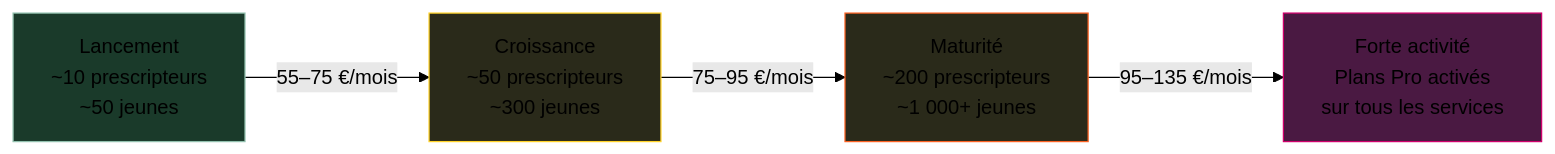
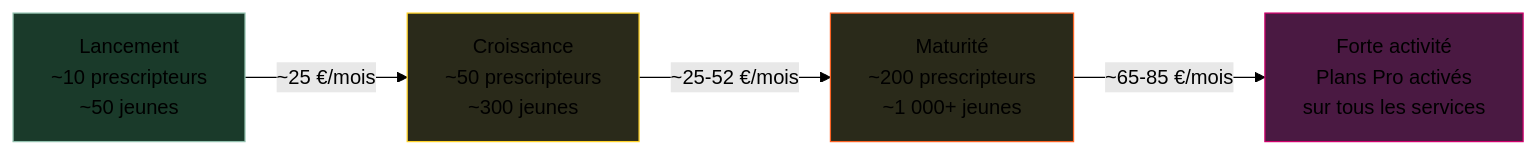
Before and after one commit to Theodore-R/prado-nuxt: the tenth of 10 diagrams in docs/cahier-des-charges-prado-itineraires.md, drawn with Mermaid (forest theme). The commit also changed other lines of this file and 45 other files, not shown here.

````diff
--- a/docs/cahier-des-charges-prado-itineraires.md
+++ b/docs/cahier-des-charges-prado-itineraires.md
@@ -1366,11 +1238,11 @@
 ```mermaid
 graph LR
-    A["Lancement<br/>~10 prescripteurs<br/>~50 jeunes"] -->|"55–75 €/mois"| B["Croissance<br/>~50 prescripteurs<br/>~300 jeunes"]
-    B -->|"75–95 €/mois"| C["Maturité<br/>~200 prescripteurs<br/>~1 000+ jeunes"]
-    C -->|"95–135 €/mois"| D["Forte activité<br/>Plans Pro activés<br/>sur tous les services"]
+    A["Lancement<br/>~10 prescripteurs<br/>~50 jeunes"] -->|"~25 €/mois"| B["Croissance<br/>~50 prescripteurs<br/>~300 jeunes"]
+    B -->|"~25-52 €/mois"| C["Maturité<br/>~200 prescripteurs<br/>~1 000+ jeunes"]
+    C -->|"~65-85 €/mois"| D["Forte activité<br/>Plans Pro activés<br/>sur tous les services"]
 
     style A fill:#1a3a2a,stroke:#93C1AF
     style B fill:#2a2a1a,stroke:#FFD228
     style C fill:#2a2a1a,stroke:#FB6223
     style D fill:#4a1942,stroke:#CF006C
 ```
````
